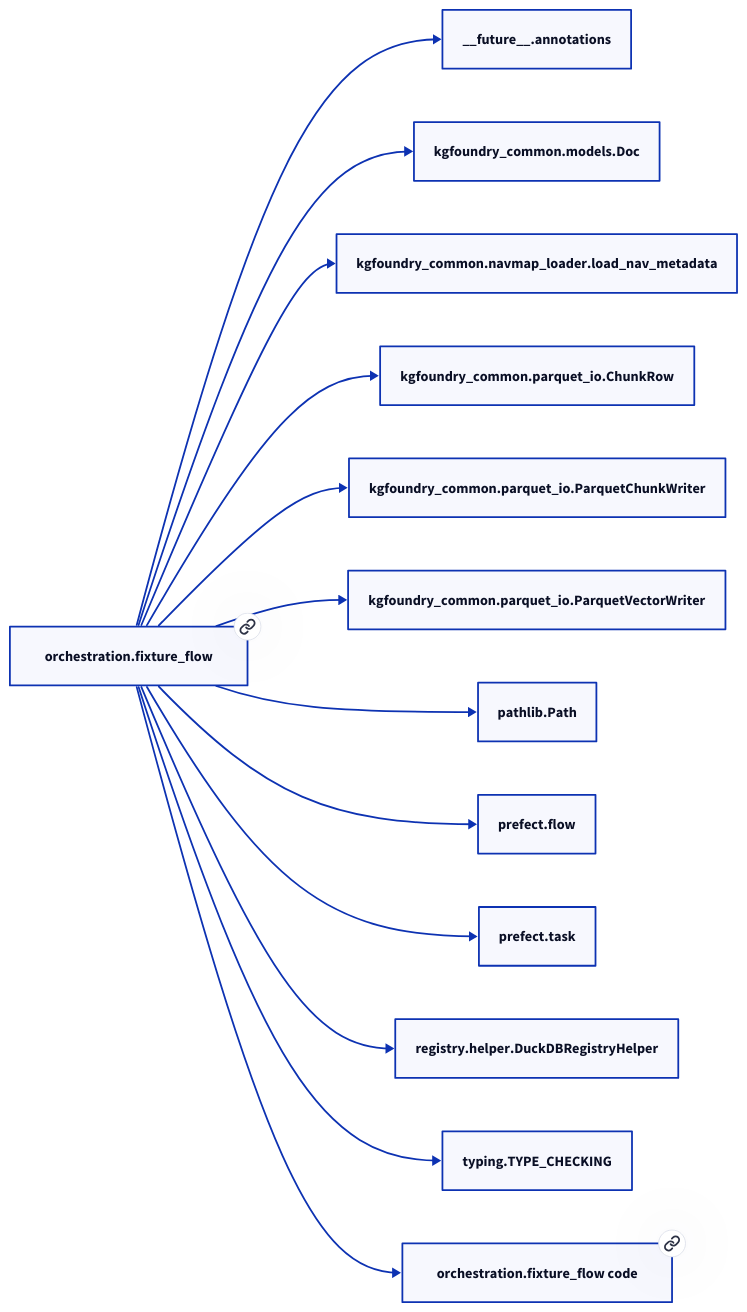
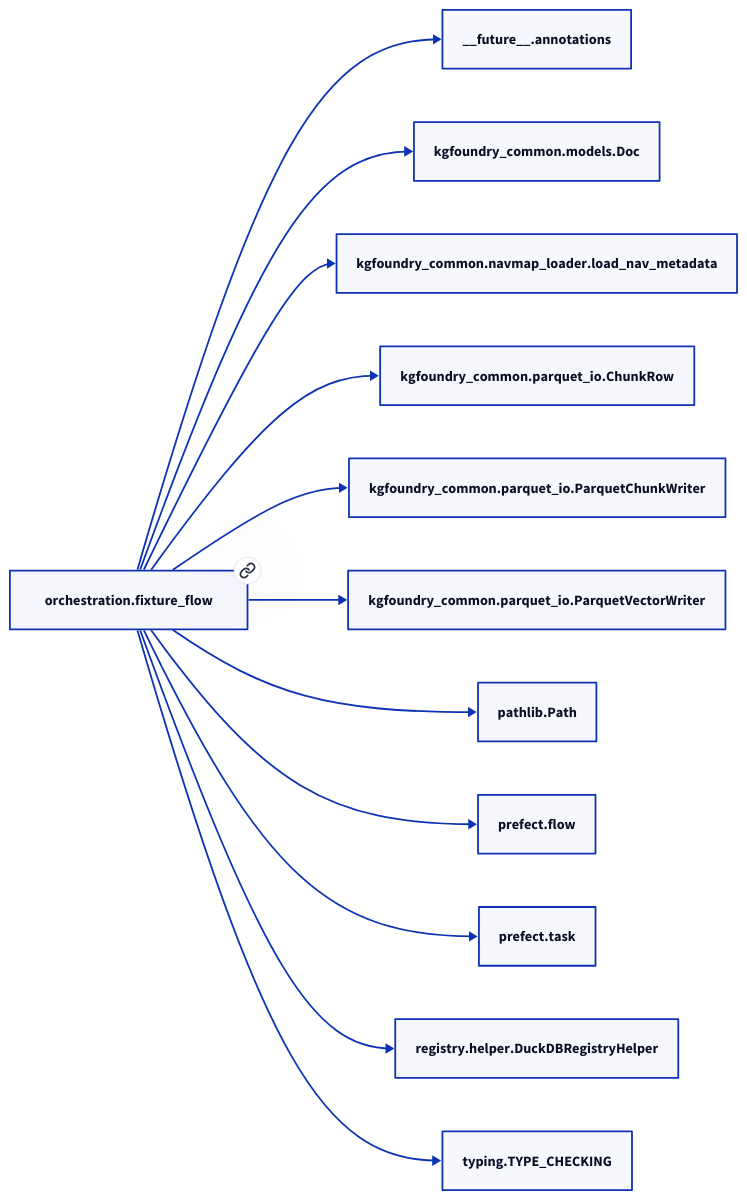
Before and after one commit to paul-heyse/kgforge: the diagram in docs/modules/orchestration/fixture_flow.md, drawn with D2. The commit also changed other lines of this file and 118 other files, not shown here.

````diff
--- a/docs/modules/orchestration/fixture_flow.md
+++ b/docs/modules/orchestration/fixture_flow.md
@@ -51,28 +49,26 @@
 ```d2
 direction: right
-"orchestration.fixture_flow": "orchestration.fixture_flow" { link: "./orchestration/fixture_flow.md" }
+"orchestration.fixture_flow": "orchestration.fixture_flow" { link: "fixture_flow.md" }
 "__future__.annotations": "__future__.annotations"
 "orchestration.fixture_flow" -> "__future__.annotations"
 "kgfoundry_common.models.Doc": "kgfoundry_common.models.Doc"
 "orchestration.fixture_flow" -> "kgfoundry_common.models.Doc"
 "kgfoundry_common.navmap_loader.load_nav_metadata": "kgfoundry_common.navmap_loader.load_nav_metadata"
 "orchestration.fixture_flow" -> "kgfoundry_common.navmap_loader.load_nav_metadata"
 "kgfoundry_common.parquet_io.ChunkRow": "kgfoundry_common.parquet_io.ChunkRow"
 "orchestration.fixture_flow" -> "kgfoundry_common.parquet_io.ChunkRow"
 "kgfoundry_common.parquet_io.ParquetChunkWriter": "kgfoundry_common.parquet_io.ParquetChunkWriter"
 "orchestration.fixture_flow" -> "kgfoundry_common.parquet_io.ParquetChunkWriter"
 "kgfoundry_common.parquet_io.ParquetVectorWriter": "kgfoundry_common.parquet_io.ParquetVectorWriter"
 "orchestration.fixture_flow" -> "kgfoundry_common.parquet_io.ParquetVectorWriter"
 "pathlib.Path": "pathlib.Path"
 "orchestration.fixture_flow" -> "pathlib.Path"
 "prefect.flow": "prefect.flow"
 "orchestration.fixture_flow" -> "prefect.flow"
 "prefect.task": "prefect.task"
 "orchestration.fixture_flow" -> "prefect.task"
 "registry.helper.DuckDBRegistryHelper": "registry.helper.DuckDBRegistryHelper"
 "orchestration.fixture_flow" -> "registry.helper.DuckDBRegistryHelper"
 "typing.TYPE_CHECKING": "typing.TYPE_CHECKING"
 "orchestration.fixture_flow" -> "typing.TYPE_CHECKING"
-"orchestration.fixture_flow_code": "orchestration.fixture_flow code" { link: "https://github.com/kgfoundry/kgfoundry/blob/main/src/orchestration/fixture_flow.py" }
-"orchestration.fixture_flow" -> "orchestration.fixture_flow_code" { style: dashed }
 ```
````
